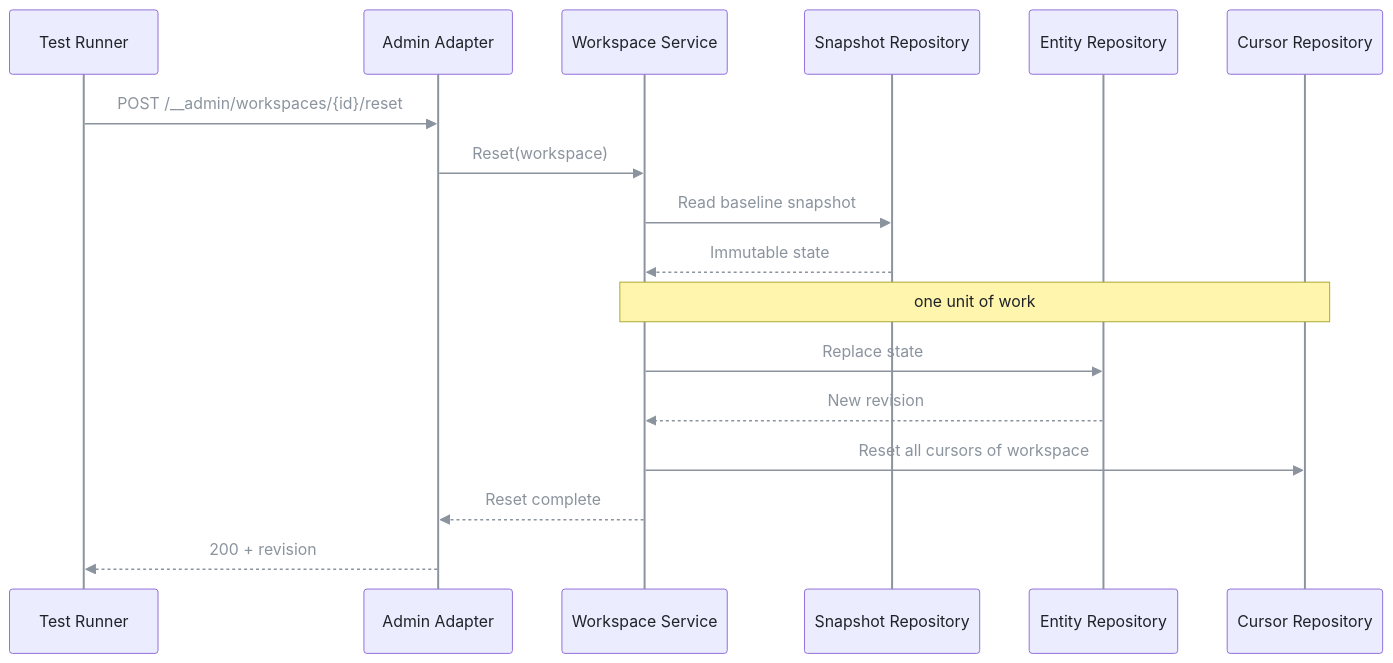
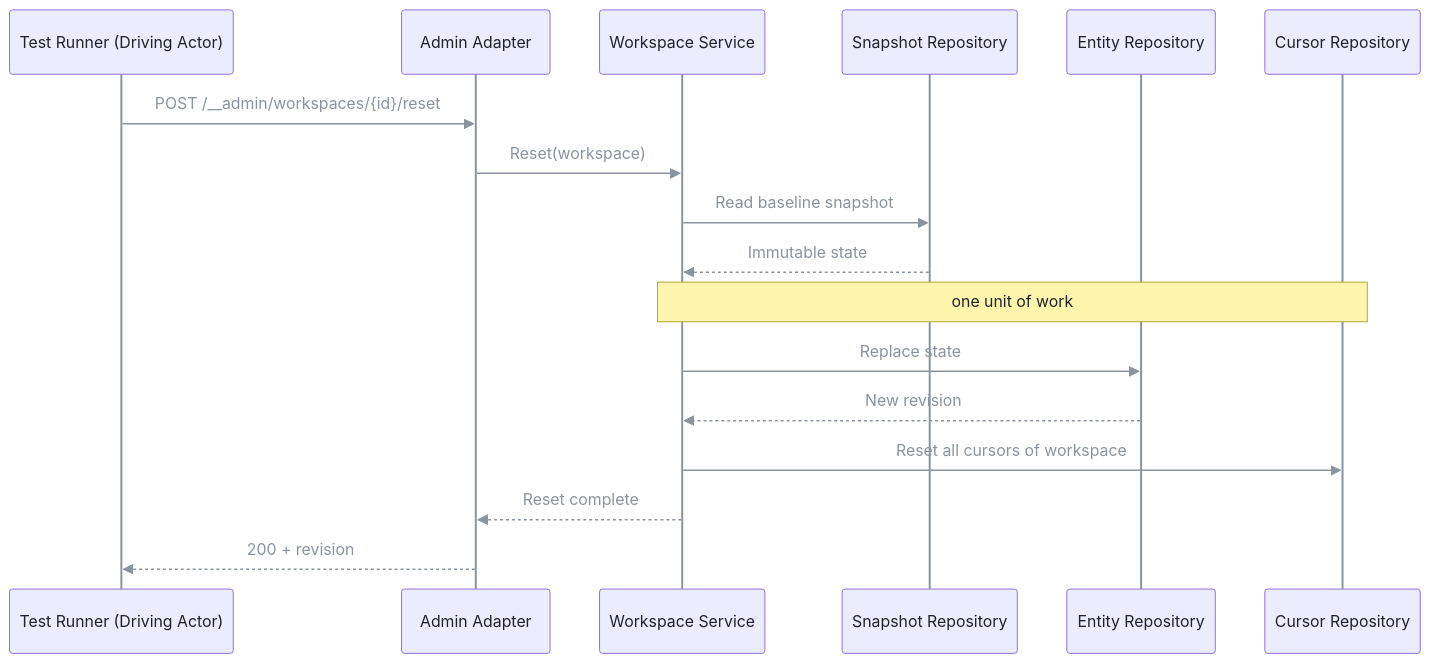
Before and after one commit to pt9912/odata-recorder: the sixth of 11 diagrams in spec/architecture.md, drawn with Mermaid. The commit also changed other lines of this file and 4 other files, not shown here.

````diff
--- a/spec/architecture.md
+++ b/spec/architecture.md
@@ -318,20 +329,20 @@
 ```mermaid
 %%{init: {'themeVariables': {'lineColor': '#8b949e', 'signalColor': '#8b949e', 'signalTextColor': '#8b949e', 'actorLineColor': '#8b949e', 'loopTextColor': '#8b949e', 'textColor': '#c9d1d9', 'primaryTextColor': '#1f2328', 'nodeTextColor': '#1f2328', 'actorTextColor': '#1f2328', 'noteTextColor': '#1f2328', 'edgeLabelBackground': '#30363d'}}}%%
 sequenceDiagram
-    participant T as Test Runner
+    participant T as Test Runner (Driving Actor)
     participant A as Admin Adapter
     participant W as Workspace Service
     participant S as Snapshot Repository
     participant E as Entity Repository
     participant K as Cursor Repository
     T->>A: POST /__admin/workspaces/{id}/reset
     A->>W: Reset(workspace)
     W->>S: Read baseline snapshot
     S-->>W: Immutable state
     Note over W,K: one unit of work
     W->>E: Replace state
     E-->>W: New revision
     W->>K: Reset all cursors of workspace
     W-->>A: Reset complete
     A-->>T: 200 + revision
 ```
````
